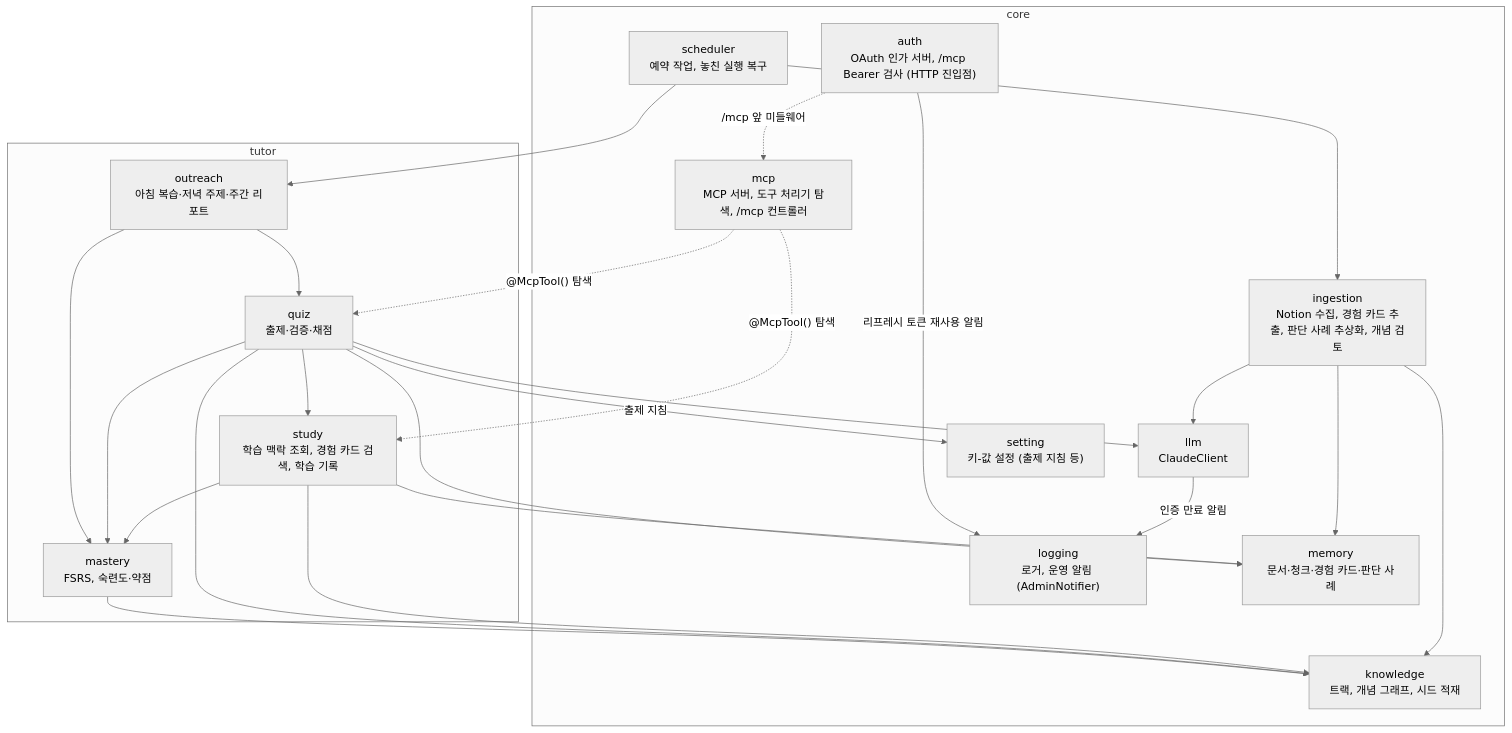
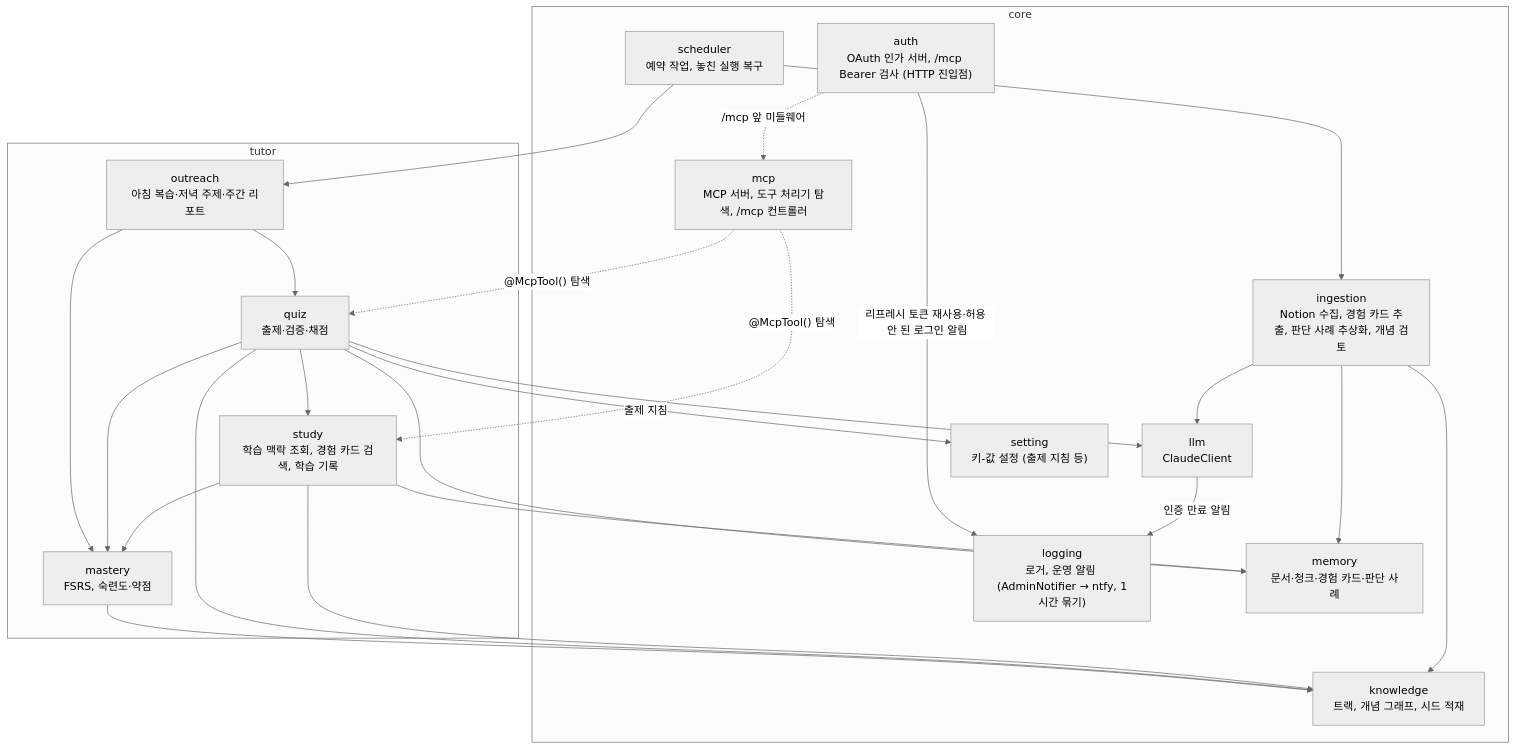
Before and after one commit to Wonchang0314/growth-assistant: the diagram in docs/architecture/c4-3-component.md, drawn with Mermaid (neutral theme). The commit also changed 24 other files, not shown here.

````diff
--- a/docs/architecture/c4-3-component.md
+++ b/docs/architecture/c4-3-component.md
@@ -5,48 +5,48 @@
 ```mermaid
 flowchart TB
     subgraph core
         mcp["mcp<br/>MCP 서버, 도구 처리기 탐색, /mcp 컨트롤러"]
         auth["auth<br/>OAuth 인가 서버, /mcp Bearer 검사 (HTTP 진입점)"]
         llm["llm<br/>ClaudeClient"]
-        logging["logging<br/>로거, 운영 알림 (AdminNotifier)"]
+        logging["logging<br/>로거, 운영 알림 (AdminNotifier → ntfy, 1시간 묶기)"]
         memory["memory<br/>문서·청크·경험 카드·판단 사례"]
         knowledge["knowledge<br/>트랙, 개념 그래프, 시드 적재"]
         ingestion["ingestion<br/>Notion 수집, 경험 카드 추출, 판단 사례 추상화, 개념 검토"]
         scheduler["scheduler<br/>예약 작업, 놓친 실행 복구"]
         setting["setting<br/>키-값 설정 (출제 지침 등)"]
     end
 
     subgraph tutor
         study["study<br/>학습 맥락 조회, 경험 카드 검색, 학습 기록"]
         quiz["quiz<br/>출제·검증·채점"]
         mastery["mastery<br/>FSRS, 숙련도·약점"]
         outreach["outreach<br/>아침 복습·저녁 주제·주간 리포트"]
     end
 
     mcp -.->|"@McpTool() 탐색"| study
     mcp -.->|"@McpTool() 탐색"| quiz
     scheduler --> outreach
     scheduler --> ingestion
     llm -->|"인증 만료 알림"| logging
-    auth -->|"리프레시 토큰 재사용 알림"| logging
+    auth -->|"리프레시 토큰 재사용·허용 안 된 로그인 알림"| logging
     auth -.->|"/mcp 앞 미들웨어"| mcp
     quiz -->|"출제 지침"| setting
 
     ingestion --> llm
     ingestion --> memory
     ingestion --> knowledge
 
     study --> memory
     study --> knowledge
     study --> mastery
 
     quiz --> llm
     quiz --> mastery
     quiz --> memory
     quiz --> knowledge
     quiz --> study
 
     mastery --> knowledge
     outreach --> quiz
     outreach --> mastery
 ```
````
